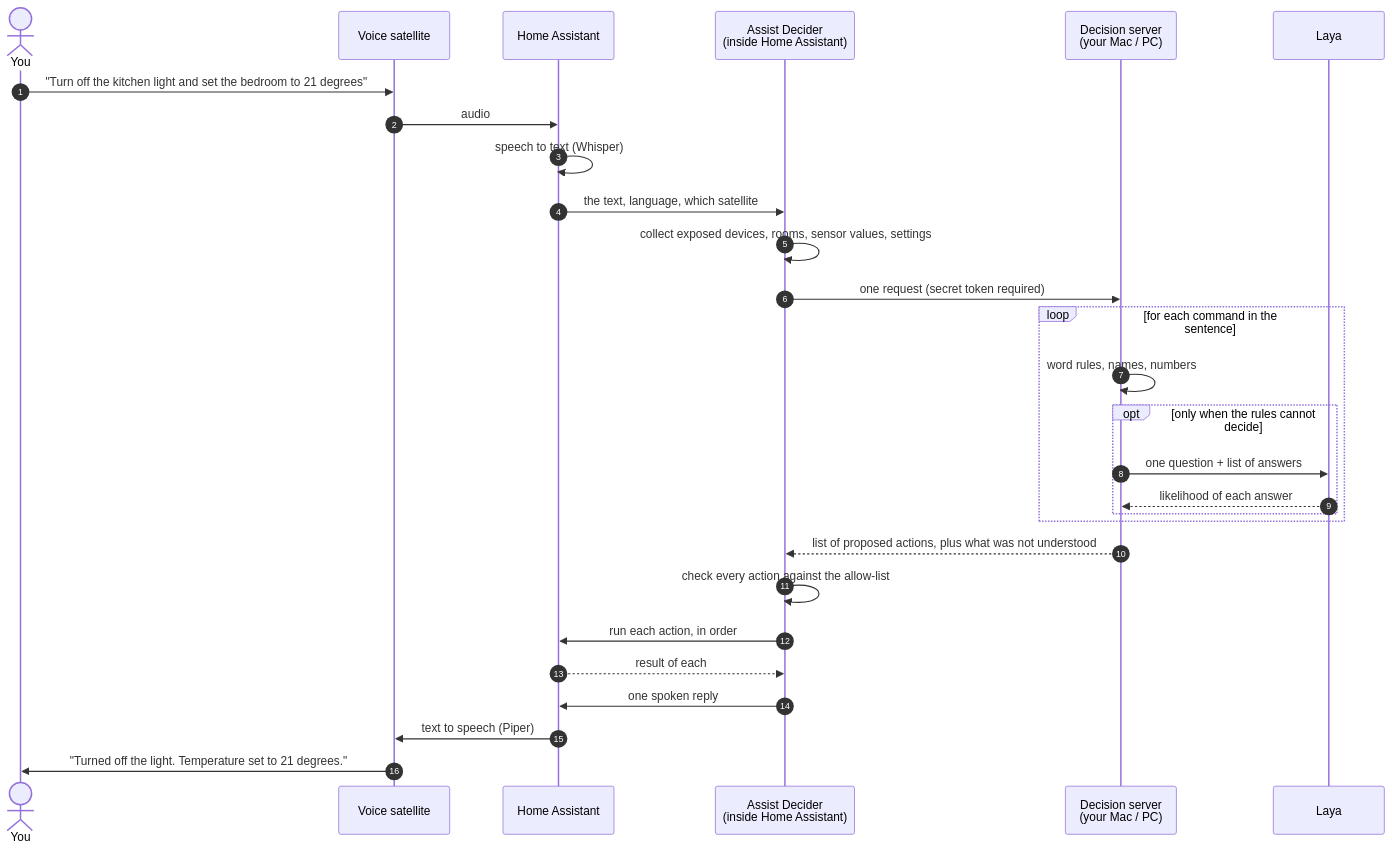
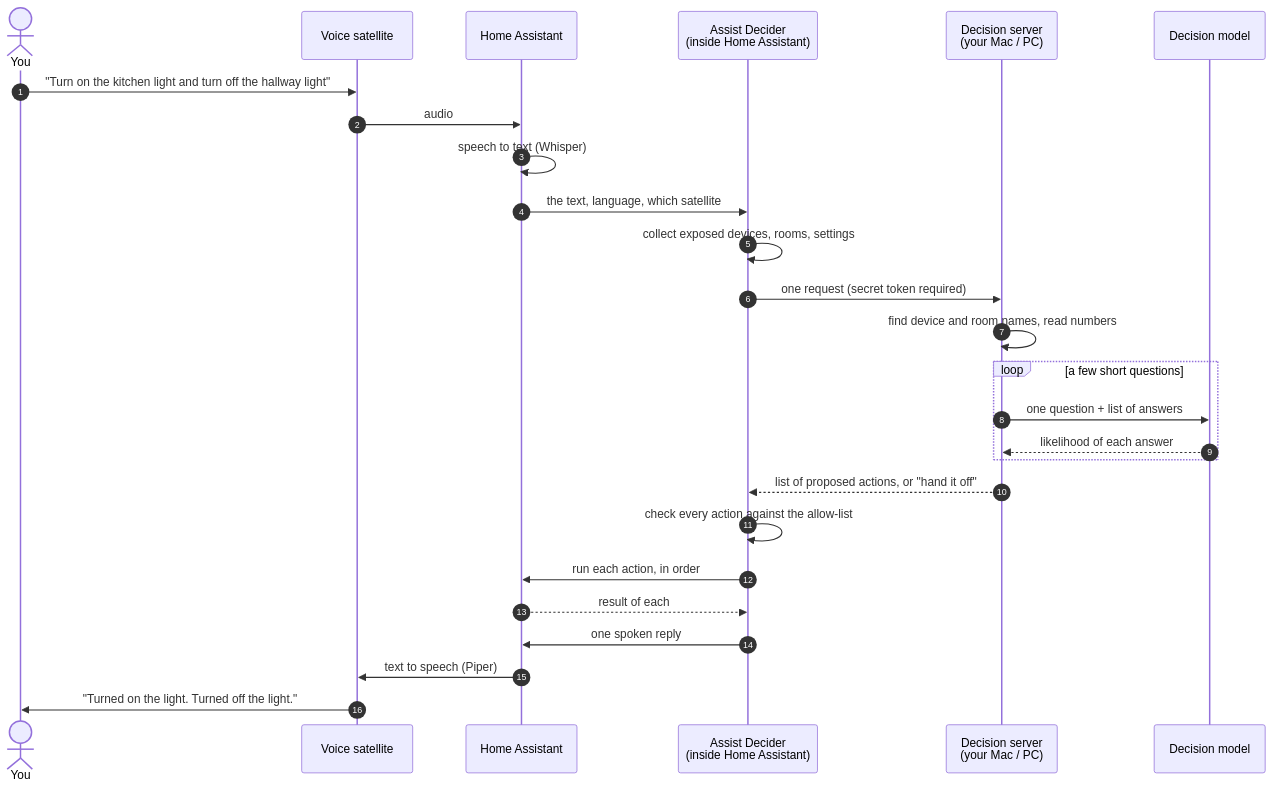
Before and after one commit to d00kIe/assist-decider: the first of 5 diagrams in HOW-IT-WORKS.md, drawn with Mermaid. The commit also changed other lines of this file and 15 other files, not shown here.

````diff
--- a/HOW-IT-WORKS.md
+++ b/HOW-IT-WORKS.md
@@ -213,31 +190,29 @@
 ```mermaid
 sequenceDiagram
     autonumber
     actor You
     participant Sat as Voice satellite
     participant HA as Home Assistant
     participant Int as Assist Decider<br/>(inside Home Assistant)
     participant Srv as Decision server<br/>(your Mac / PC)
-    participant Laya
+    participant M as Decision model
 
-    You->>Sat: "Turn off the kitchen light and set the bedroom to 21 degrees"
+    You->>Sat: "Turn on the kitchen light and turn off the hallway light"
     Sat->>HA: audio
     HA->>HA: speech to text (Whisper)
     HA->>Int: the text, language, which satellite
-    Int->>Int: collect exposed devices, rooms, sensor values, settings
+    Int->>Int: collect exposed devices, rooms, settings
     Int->>Srv: one request (secret token required)
-    loop for each command in the sentence
-        Srv->>Srv: word rules, names, numbers
-        opt only when the rules cannot decide
-            Srv->>Laya: one question + list of answers
-            Laya-->>Srv: likelihood of each answer
-        end
+    Srv->>Srv: find device and room names, read numbers
+    loop a few short questions
+        Srv->>M: one question + list of answers
+        M-->>Srv: likelihood of each answer
     end
-    Srv-->>Int: list of proposed actions, plus what was not understood
+    Srv-->>Int: list of proposed actions, or "hand it off"
     Int->>Int: check every action against the allow-list
     Int->>HA: run each action, in order
     HA-->>Int: result of each
     Int->>HA: one spoken reply
     HA->>Sat: text to speech (Piper)
-    Sat->>You: "Turned off the light. Temperature set to 21 degrees."
+    Sat->>You: "Turned on the light. Turned off the light."
 ```
````
